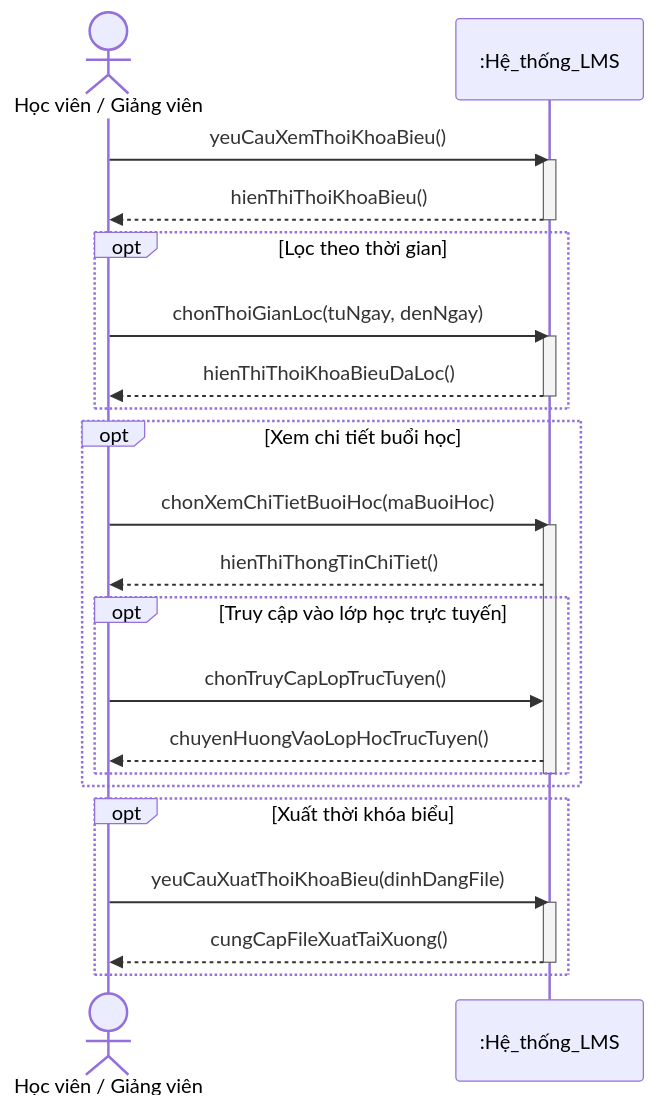
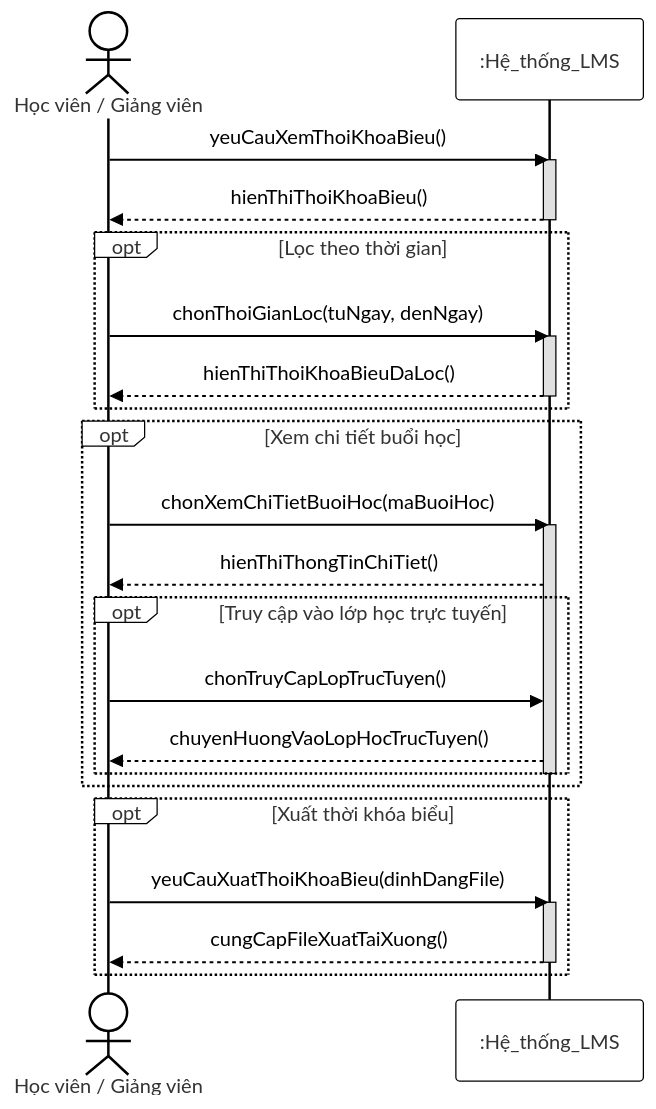
Before and after one commit to NguyenViet-281205/PTTKHT: the diagram in thoikhoabieu.md, drawn with Mermaid.

````diff
--- a/thoikhoabieu.md
+++ b/thoikhoabieu.md
@@ -1,44 +1,45 @@
 ```mermaid
+%%{init: { 'theme': 'base', 'themeVariables': { 'primaryColor': '#ffffff', 'primaryBorderColor': '#000000', 'lineColor': '#000000', 'textColor': '#000000', 'actorBkg': '#ffffff', 'actorBorder': '#000000', 'signalColor': '#000000', 'signalTextColor': '#000000', 'activationBorderColor': '#000000', 'activationBkgColor': '#e0e0e0', 'noteBkgColor': '#ffffff', 'noteBorderColor': '#000000' } } }%%
 sequenceDiagram
     actor ND as Học viên / Giảng viên
     participant Sys as :Hệ_thống_LMS
 
     %% Luồng cơ bản: Xem thời khóa biểu
     ND->>Sys: yeuCauXemThoiKhoaBieu()
     activate Sys
     Sys-->>ND: hienThiThoiKhoaBieu()
     deactivate Sys
 
     %% Các luồng mở rộng (Extend)
     
     %% Khung tùy chọn 1: Lọc theo thời gian
     opt Lọc theo thời gian
         ND->>Sys: chonThoiGianLoc(tuNgay, denNgay)
         activate Sys
         Sys-->>ND: hienThiThoiKhoaBieuDaLoc()
         deactivate Sys
     end
 
     %% Khung tùy chọn 2: Xem chi tiết buổi học và Truy cập lớp trực tuyến
     opt Xem chi tiết buổi học
         ND->>Sys: chonXemChiTietBuoiHoc(maBuoiHoc)
         activate Sys
         Sys-->>ND: hienThiThongTinChiTiet()
         
         %% Khung tùy chọn con: Truy cập lớp trực tuyến (Extend của Xem chi tiết)
         opt Truy cập vào lớp học trực tuyến
             ND->>Sys: chonTruyCapLopTrucTuyen()
             Sys-->>ND: chuyenHuongVaoLopHocTrucTuyen()
         end
         
         deactivate Sys
     end
 
     %% Khung tùy chọn 3: Xuất thời khóa biểu
     opt Xuất thời khóa biểu
         ND->>Sys: yeuCauXuatThoiKhoaBieu(dinhDangFile)
         activate Sys
         Sys-->>ND: cungCapFileXuatTaiXuong()
         deactivate Sys
     end
 ```
````
